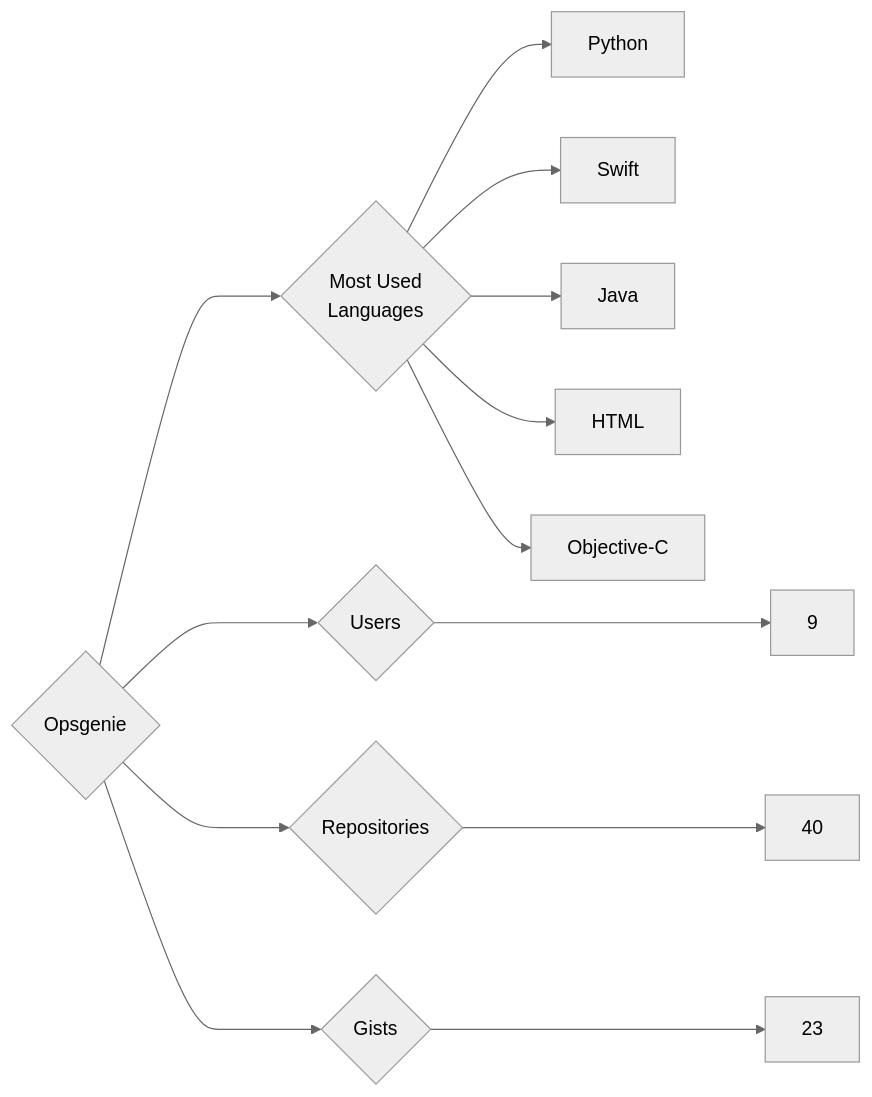
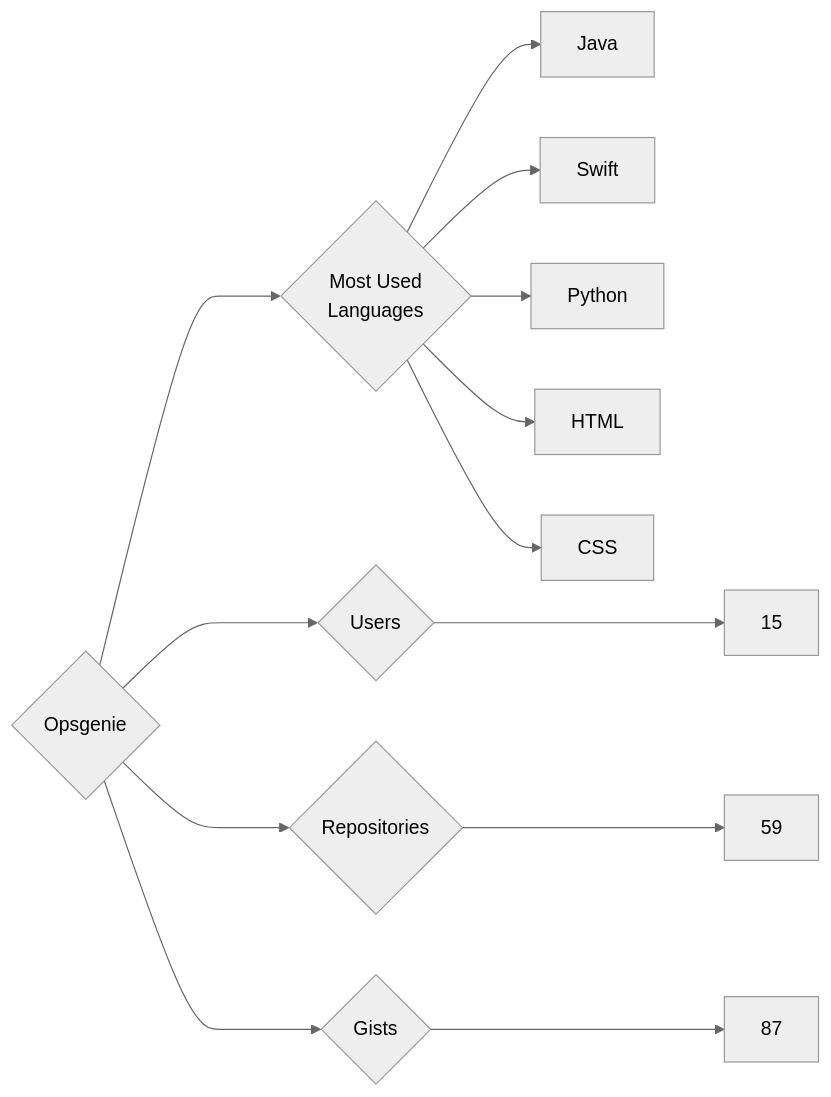
The diagram in targets/Opsgenie/README.md (trickest/insiders), drawn with Mermaid (neutral theme) before and after one commit. The commit also changed 1479 other files, not shown here.

````diff
--- a/targets/Opsgenie/README.md
+++ b/targets/Opsgenie/README.md
@@ -3,13 +3,13 @@
 ```mermaid
 graph LR
 COMPANY_NAME{Opsgenie}
-COMPANY_NAME ---> U{Users} ---> UN[9]
-COMPANY_NAME ---> R{Repositories} ---> RN[40]
-COMPANY_NAME ---> G{Gists} ---> GN[23]
+COMPANY_NAME ---> U{Users} ---> UN[15]
+COMPANY_NAME ---> R{Repositories} ---> RN[59]
+COMPANY_NAME ---> G{Gists} ---> GN[87]
 COMPANY_NAME ---> ML{Most Used<br>Languages}
+ML --> Java[Java]
+ML --> Swift[Swift]
 ML --> Python[Python]
-ML --> Swift[Swift]
-ML --> Java[Java]
 ML --> HTML[HTML]
-ML --> Objective-C[Objective-C]
+ML --> CSS[CSS]
 ```
````
